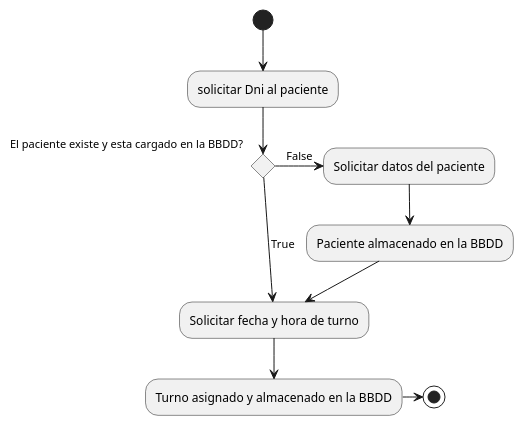
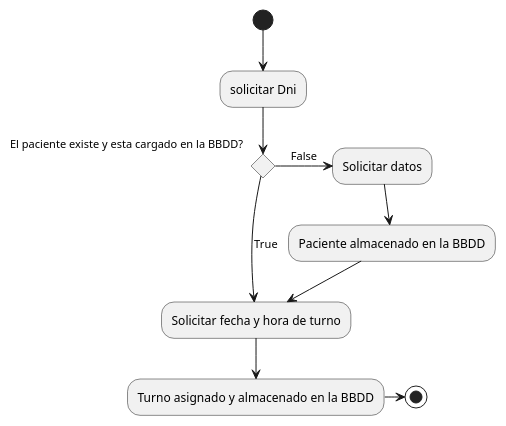
One commit to diegogatica18/Instituto changed the diagram in Materias con sus trabajos/Ingenieria en software 2/Caso 01(Diagrama de actividad).puml. Above: the diagram before and after it, drawn with PlantUML. The commit also changed 1 other file, not shown here.

```diff
--- a/Materias con sus trabajos/Ingenieria en software 2/Caso 01(Diagrama de actividad).puml
+++ b/Materias con sus trabajos/Ingenieria en software 2/Caso 01(Diagrama de actividad).puml
@@ -1,13 +1,13 @@
 @startuml Clinica
 
-(*) --> "solicitar Dni al paciente"
+(*) --> "solicitar Dni"
 
 if "El paciente existe y esta cargado en la BBDD?" then 
     -->[True] "Solicitar fecha y hora de turno"
     --> "Turno asignado y almacenado en la BBDD"
     -right-> (*)
 else 
-    ->[False] "Solicitar datos del paciente"
+    ->[False] "Solicitar datos"
     --> "Paciente almacenado en la BBDD"
     --> "Solicitar fecha y hora de turno"
 @enduml
```
